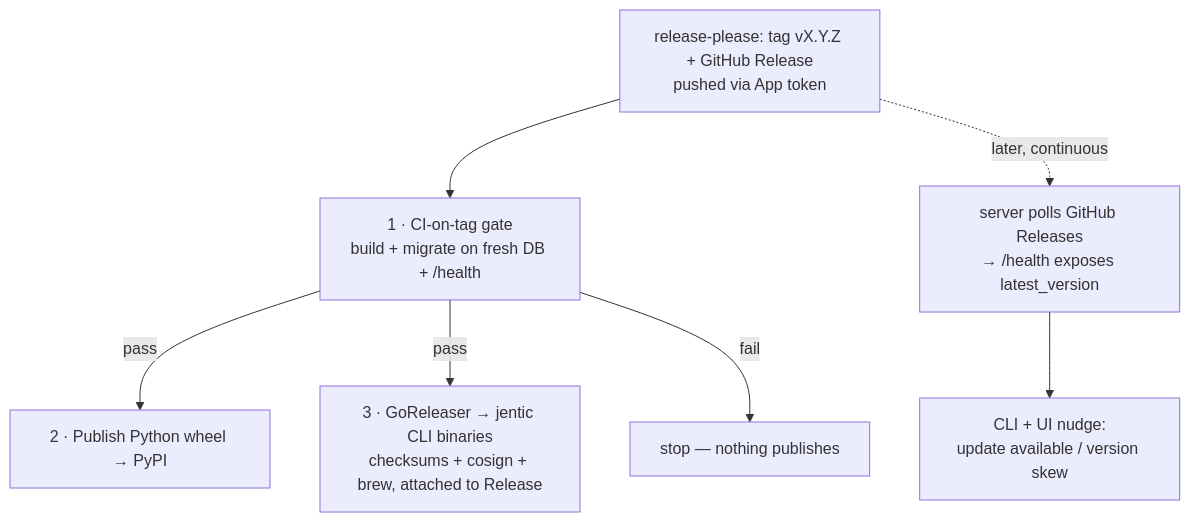
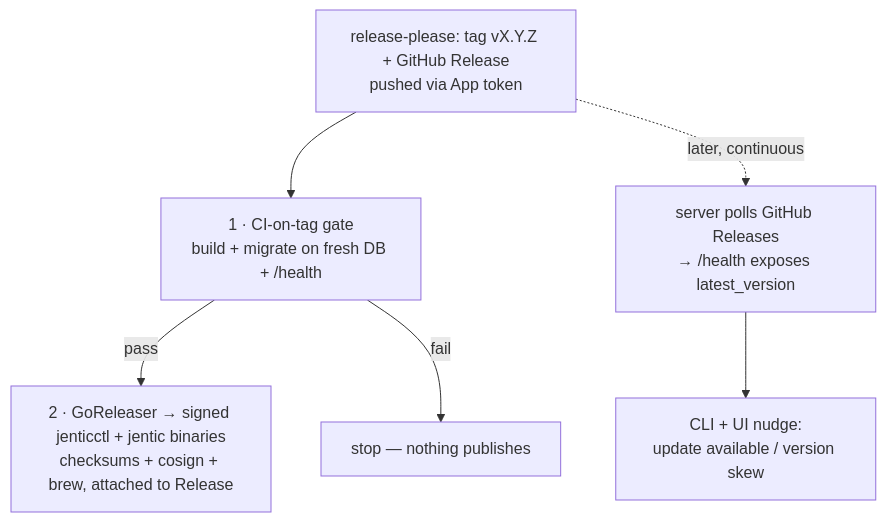
One commit to jentic/jentic-one changed the second of 2 diagrams in docs/plans/release-procedure.md. Above: the diagram before and after it, drawn with Mermaid. The commit also changed other lines of this file, not shown here.

First line of the commit message:
docs(release): CLI binaries are the install; drop the wheel path (with rationale)

````diff
--- a/docs/plans/release-procedure.md
+++ b/docs/plans/release-procedure.md
@@ -33,9 +32,8 @@
 ```mermaid
 flowchart TD
     R[release-please: tag vX.Y.Z + GitHub Release<br/>pushed via App token] --> G[1 · CI-on-tag gate<br/>build + migrate on fresh DB + /health]
-    G -->|pass| W[2 · Publish Python wheel → PyPI]
-    G -->|pass| C[3 · GoReleaser → jentic CLI binaries<br/>checksums + cosign + brew, attached to Release]
+    G -->|pass| C[2 · GoReleaser → signed jenticctl + jentic binaries<br/>checksums + cosign + brew, attached to Release]
     G -->|fail| X[stop — nothing publishes]
     R -. later, continuous .-> N[server polls GitHub Releases<br/>→ /health exposes latest_version]
     N --> U[CLI + UI nudge:<br/>update available / version skew]
 ```
````
